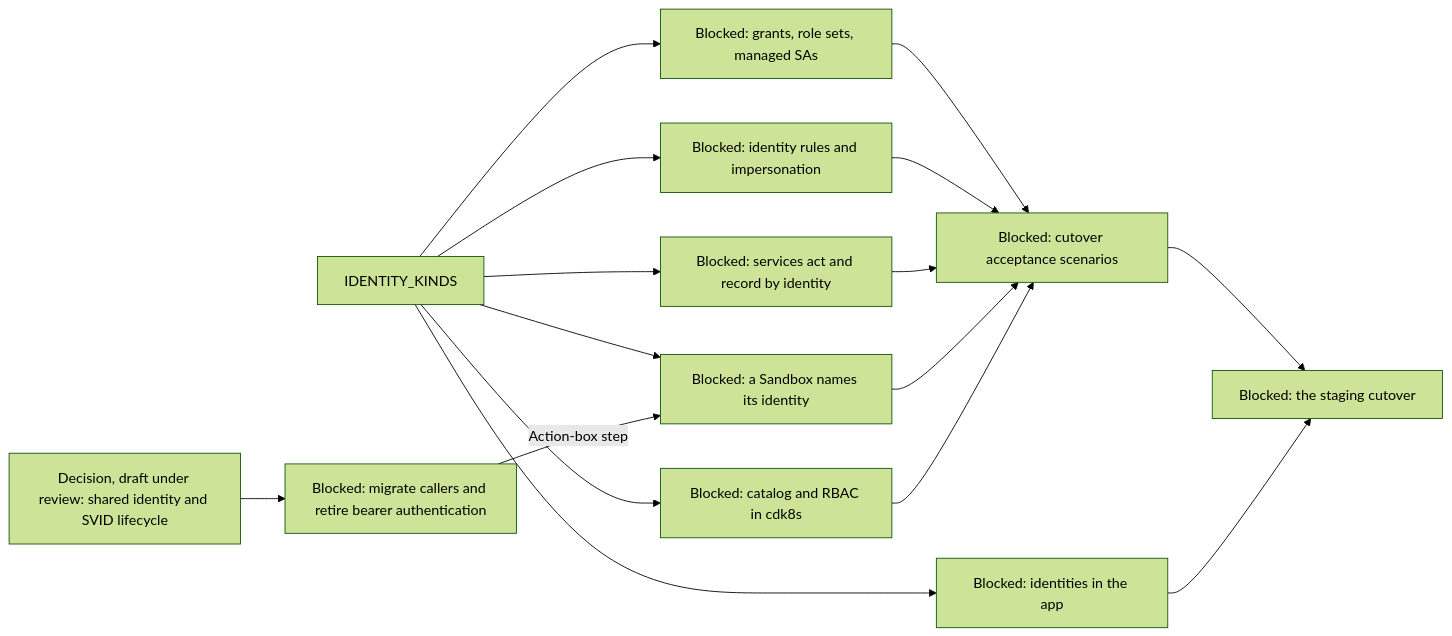
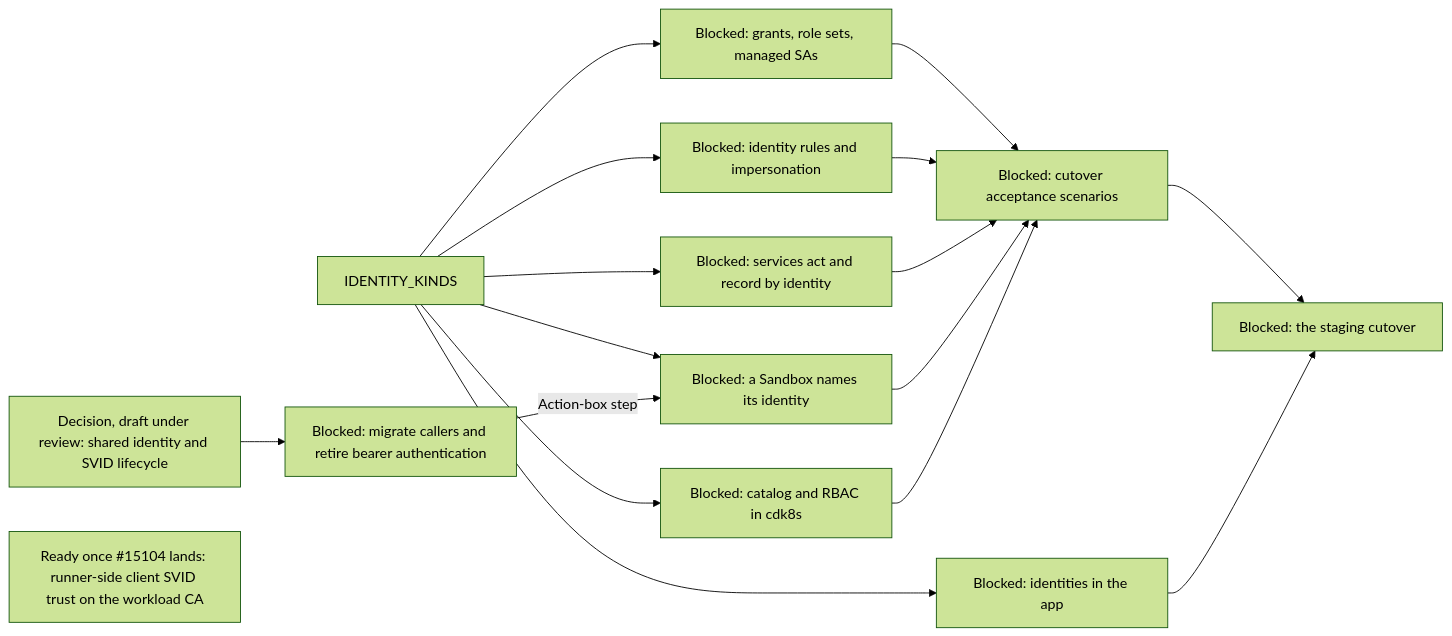
One commit to agentydragon/ducktape changed diagram 17 of 19 in agentplane/plans/task_dag.md. Above: the diagram before and after it, drawn with Mermaid (forest theme). The commit also changed other lines of this file and 40 other files, not shown here.

First line of the commit message:
agentplane: issue every SVID from a dedicated workload CA (#15104)

````diff
--- a/agentplane/plans/task_dag.md
+++ b/agentplane/plans/task_dag.md
@@ -3038,18 +3038,19 @@
 ```mermaid
 flowchart LR
     IDENTITY_KINDS --> POLICY_GRANTS[Blocked: grants, role sets, managed SAs]
     IDENTITY_KINDS --> EGRESS_IDENTITY_RULES[Blocked: identity rules and impersonation]
     IDENTITY_KINDS --> SERVICES_IDENTITY_PRINCIPAL[Blocked: services act and record by identity]
     IDENTITY_KINDS --> SANDBOX_IDENTITY_SPEC[Blocked: a Sandbox names its identity]
     IDENTITY_KINDS --> IDENTITY_CATALOG[Blocked: catalog and RBAC in cdk8s]
     IDENTITY_KINDS --> APP_IDENTITIES_UI[Blocked: identities in the app]
     WORKLOAD_IDENTITY_LIFECYCLE_DESIGN[Decision, draft under review: shared identity and SVID lifecycle] --> WORKLOAD_AUTH_CUTOVER[Blocked: migrate callers and retire bearer authentication]
     WORKLOAD_AUTH_CUTOVER -->|Action-box step| SANDBOX_IDENTITY_SPEC
+    WORKLOAD_CA_CLIENT_TRUST[Ready once #15104 lands: runner-side client SVID trust on the workload CA]
     POLICY_GRANTS --> IDENTITY_SYSTEM_TESTS[Blocked: cutover acceptance scenarios]
     EGRESS_IDENTITY_RULES --> IDENTITY_SYSTEM_TESTS
     SERVICES_IDENTITY_PRINCIPAL --> IDENTITY_SYSTEM_TESTS
     SANDBOX_IDENTITY_SPEC --> IDENTITY_SYSTEM_TESTS
     IDENTITY_CATALOG --> IDENTITY_SYSTEM_TESTS
     IDENTITY_SYSTEM_TESTS --> IDENTITY_CUTOVER[Blocked: the staging cutover]
     APP_IDENTITIES_UI --> IDENTITY_CUTOVER
 ```
````
